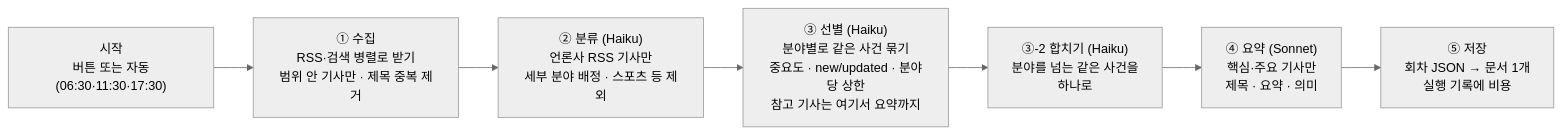
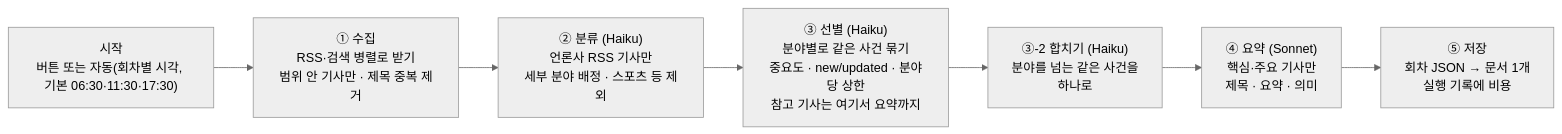
Before and after one commit to ehdwn009/docvault: the diagram in docs/design/뉴스브리핑_docvault_20261001.md, drawn with Mermaid (neutral theme). The commit also changed other lines of this file and 17 other files, not shown here.

````diff
--- a/docs/design/뉴스브리핑_docvault_20261001.md
+++ b/docs/design/뉴스브리핑_docvault_20261001.md
@@ -187,9 +187,9 @@
 ```mermaid
 flowchart LR
-    A["시작<br/>버튼 또는 자동(06:30·11:30·17:30)"] --> B["① 수집<br/>RSS·검색 병렬로 받기<br/>범위 안 기사만 · 제목 중복 제거"]
+    A["시작<br/>버튼 또는 자동(회차별 시각, 기본 06:30·11:30·17:30)"] --> B["① 수집<br/>RSS·검색 병렬로 받기<br/>범위 안 기사만 · 제목 중복 제거"]
     B --> C["② 분류 (Haiku)<br/>언론사 RSS 기사만<br/>세부 분야 배정 · 스포츠 등 제외"]
     C --> D["③ 선별 (Haiku)<br/>분야별로 같은 사건 묶기<br/>중요도 · new/updated · 분야당 상한<br/>참고 기사는 여기서 요약까지"]
     D --> D2["③-2 합치기 (Haiku)<br/>분야를 넘는 같은 사건을<br/>하나로"]
     D2 --> E["④ 요약 (Sonnet)<br/>핵심·주요 기사만<br/>제목 · 요약 · 의미"]
     E --> F["⑤ 저장<br/>회차 JSON → 문서 1개<br/>실행 기록에 비용"]
 ```
````
